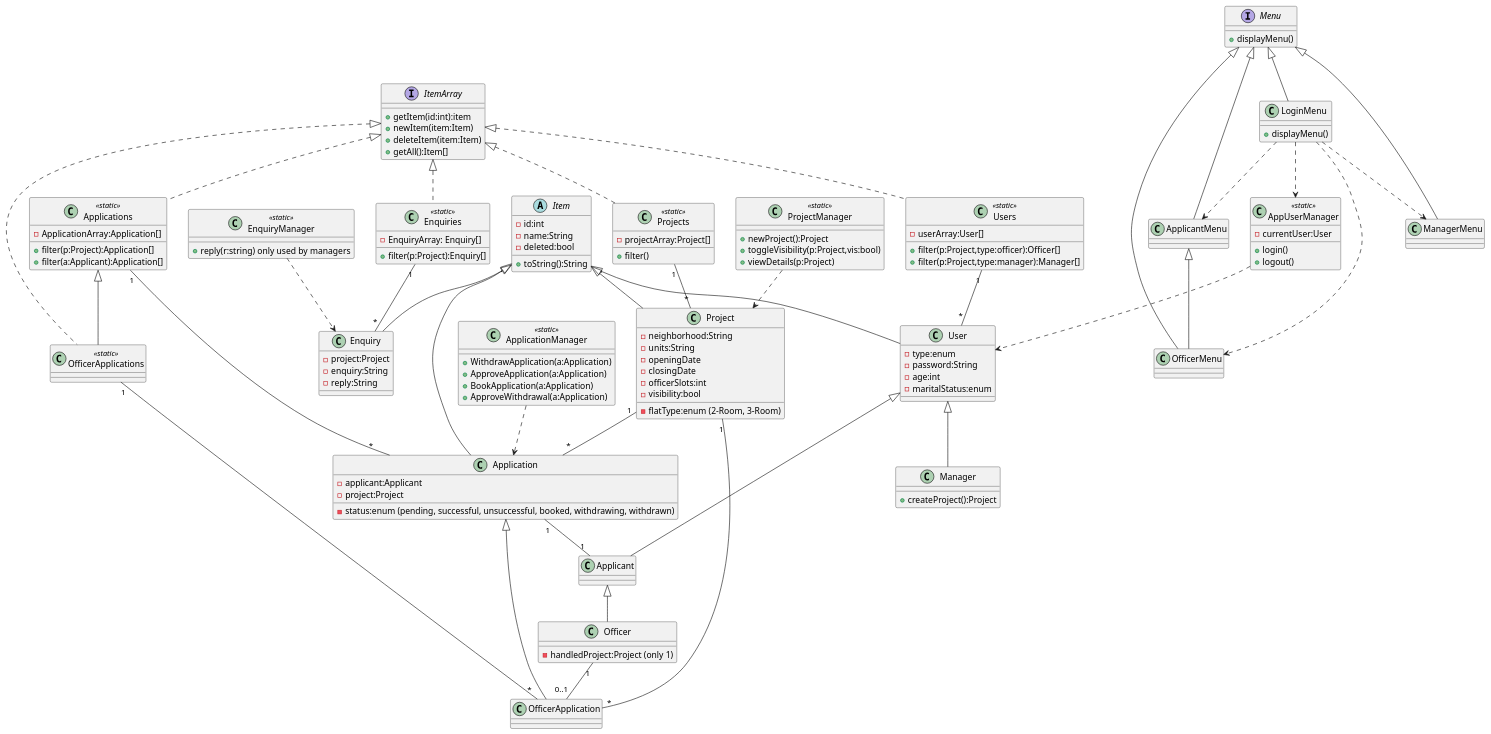
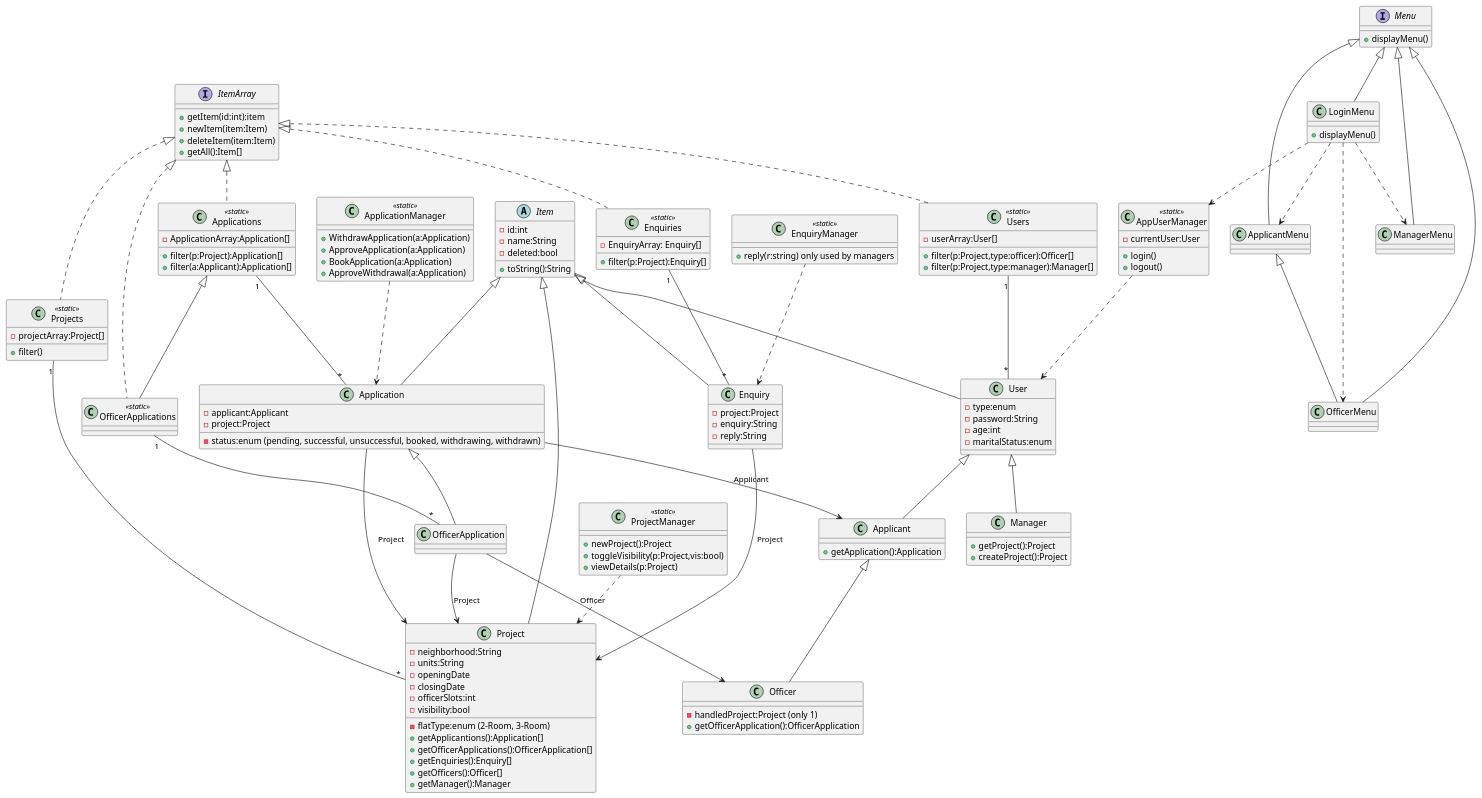
Before and after one commit to arpita729/SC2002-Project: the diagram in Entity Class Diagram.wsd, drawn with PlantUML.

Commit message:
update class diagram

```diff
--- a/Entity Class Diagram.wsd
+++ b/Entity Class Diagram.wsd
@@ -1,142 +1,153 @@
 @startuml EntityClassDiagram
 abstract Item {
     -id:int
     -name:String
     -deleted:bool
     +toString():String
 }
 
 interface ItemArray{
     +getItem(id:int):item
     +newItem(item:Item)
     +deleteItem(item:Item)
     +getAll():Item[]
 }
 
 'Project Items
 class Project extends Item {
     -neighborhood:String
     -flatType:enum (2-Room, 3-Room)
     -units:String
     -openingDate
     -closingDate
     -officerSlots:int
     -visibility:bool
+    +getApplicantions():Application[]
+    +getOfficerApplications():OfficerApplication[]
+    +getEnquiries():Enquiry[]
+    +getOfficers():Officer[]
+    +getManager():Manager
 }
 
 class Application extends Item {
     -applicant:Applicant
     -project:Project
     -status:enum (pending, successful, unsuccessful, booked, withdrawing, withdrawn)
 }
-Application "1" -- "1" Applicant
-Project "1" -- "*" Application
+
+Application --> Applicant : Applicant
+Application --> Project : Project
 
 class OfficerApplication extends Application
-Officer "1" -- "0..1" OfficerApplication
-Project "1" -- "*" OfficerApplication
+OfficerApplication --> Officer : Officer
+OfficerApplication --> Project : Project
 
 class Enquiry extends Item {
     -project:Project
     -enquiry:String
     -reply:String
 }
+Enquiry --> Project : Project
 
 'Users
 class User extends Item{
     -type:enum
     -password:String
     -age:int
     -maritalStatus:enum
 }
 
-class Applicant extends User
+class Applicant extends User {
+    +getApplication():Application
+}
 
 class Officer extends Applicant {
     -handledProject:Project (only 1)
+    +getOfficerApplication():OfficerApplication
 }
 
 class Manager extends User {
+    +getProject():Project
     +createProject():Project
 }
 
 'GUI Interfaces 
 interface Menu {
     +displayMenu()
 }
 class ApplicantMenu extends Menu
 class ManagerMenu extends Menu
 class OfficerMenu extends Menu
 class LoginMenu extends Menu {
     +displayMenu()
     'after login, we call one of the 3 menus based on the  enum 
 }
 LoginMenu ..> AppUserManager
 LoginMenu ..> ApplicantMenu
 LoginMenu ..> OfficerMenu
 LoginMenu ..> ManagerMenu
 
 'Arrays
 class Users <<static>> implements ItemArray {
     -userArray:User[]
     +filter(p:Project,type:officer):Officer[]
     +filter(p:Project,type:manager):Manager[]
 }
 Users "1" -- "*" User
 
 class Projects <<static>> implements ItemArray {
     -projectArray:Project[]
     +filter()
 }
 Projects "1" -- "*" Project
 
 class Applications <<static>> implements ItemArray {
     -ApplicationArray:Application[]
     +filter(p:Project):Application[]
     +filter(a:Applicant):Application[]
 }
 Applications "1" -- "*" Application
 
 class OfficerApplications <<static>> extends Applications implements ItemArray 
 OfficerApplications "1" -- "*" OfficerApplication
 
 class Enquiries <<static>> implements ItemArray {
     -EnquiryArray: Enquiry[]
     +filter(p:Project):Enquiry[]
 }
 Enquiries "1" -- "*" Enquiry
 
 'Managers
 class ApplicationManager <<static>> {
     +WithdrawApplication(a:Application)
     +ApproveApplication(a:Application)
     +BookApplication(a:Application)
     +ApproveWithdrawal(a:Application)
 }
 ApplicationManager ..> Application
 
 class ProjectManager <<static>> {
     +newProject():Project
     +toggleVisibility(p:Project,vis:bool)
     +viewDetails(p:Project)
 }
 ProjectManager ..> Project
 
 class EnquiryManager <<static>> {
     +reply(r:string) only used by managers
 }
 EnquiryManager ..> Enquiry
 
 class AppUserManager <<static>> {
     -currentUser:User
     +login()
     +logout()
 }
 AppUserManager ..> User
 
 
 ' not sure about this one
 class OfficerMenu extends ApplicantMenu 
 
 
 @enduml
```
